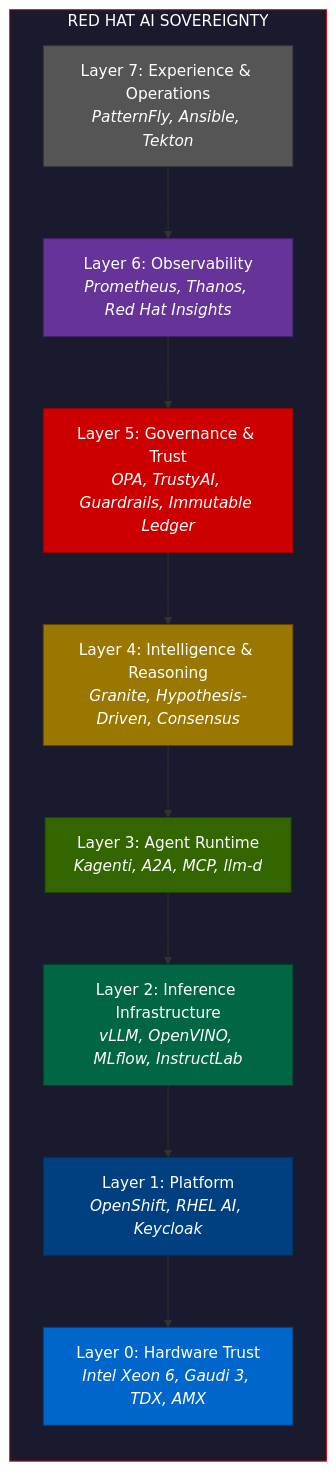
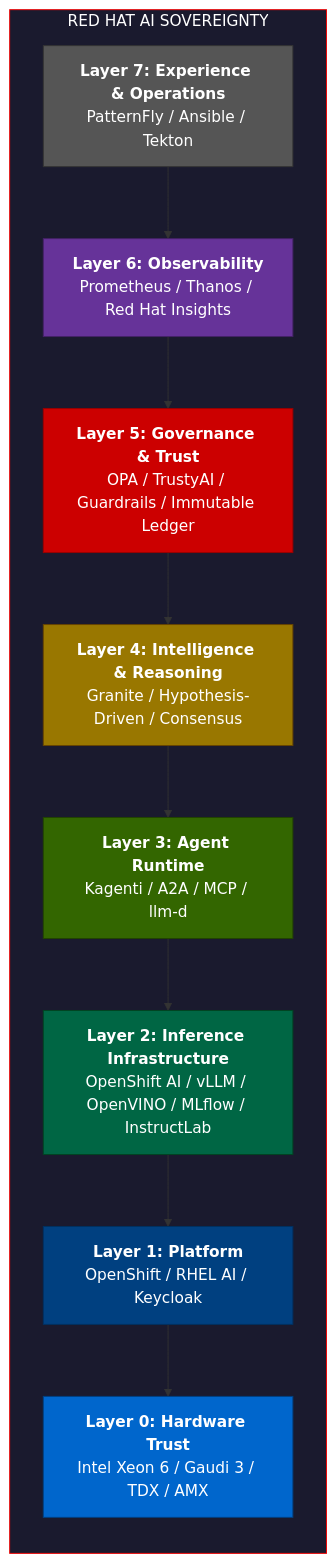
The first of 2 diagrams in README.md (jkershawrh/ai-portfolio), drawn with Mermaid before and after one commit. The commit also changed other lines of this file, not shown here.

First line of the commit message:
Map platforms + research to Red Hat AI sovereignty story

````diff
--- a/README.md
+++ b/README.md
@@ -50,26 +45,26 @@
 ```mermaid
 graph TB
     subgraph SOV["RED HAT AI SOVEREIGNTY"]
         direction TB
-        L7["Layer 7: Experience & Operations<br/><i>PatternFly, Ansible, Tekton</i>"]
-        L6["Layer 6: Observability<br/><i>Prometheus, Thanos, Red Hat Insights</i>"]
-        L5["Layer 5: Governance & Trust<br/><i>OPA, TrustyAI, Guardrails, Immutable Ledger</i>"]
-        L4["Layer 4: Intelligence & Reasoning<br/><i>Granite, Hypothesis-Driven, Consensus</i>"]
-        L3["Layer 3: Agent Runtime<br/><i>Kagenti, A2A, MCP, llm-d</i>"]
-        L2["Layer 2: Inference Infrastructure<br/><i>vLLM, OpenVINO, MLflow, InstructLab</i>"]
-        L1["Layer 1: Platform<br/><i>OpenShift, RHEL AI, Keycloak</i>"]
-        L0["Layer 0: Hardware Trust<br/><i>Intel Xeon 6, Gaudi 3, TDX, AMX</i>"]
+        L7["<b>Layer 7: Experience & Operations</b><br/>PatternFly / Ansible / Tekton"]
+        L6["<b>Layer 6: Observability</b><br/>Prometheus / Thanos / Red Hat Insights"]
+        L5["<b>Layer 5: Governance & Trust</b><br/>OPA / TrustyAI / Guardrails / Immutable Ledger"]
+        L4["<b>Layer 4: Intelligence & Reasoning</b><br/>Granite / Hypothesis-Driven / Consensus"]
+        L3["<b>Layer 3: Agent Runtime</b><br/>Kagenti / A2A / MCP / llm-d"]
+        L2["<b>Layer 2: Inference Infrastructure</b><br/>OpenShift AI / vLLM / OpenVINO / MLflow / InstructLab"]
+        L1["<b>Layer 1: Platform</b><br/>OpenShift / RHEL AI / Keycloak"]
+        L0["<b>Layer 0: Hardware Trust</b><br/>Intel Xeon 6 / Gaudi 3 / TDX / AMX"]
     end
 
     L7 --> L6 --> L5 --> L4 --> L3 --> L2 --> L1 --> L0
 
     style SOV fill:#1a1a2e,stroke:#e00,color:#fff
     style L0 fill:#0066cc,stroke:#004080,color:#fff
     style L1 fill:#004080,stroke:#003060,color:#fff
     style L2 fill:#006644,stroke:#004422,color:#fff
     style L3 fill:#336600,stroke:#224400,color:#fff
     style L4 fill:#997700,stroke:#664400,color:#fff
     style L5 fill:#cc0000,stroke:#990000,color:#fff
     style L6 fill:#663399,stroke:#442266,color:#fff
     style L7 fill:#555555,stroke:#333333,color:#fff
 ```
````
